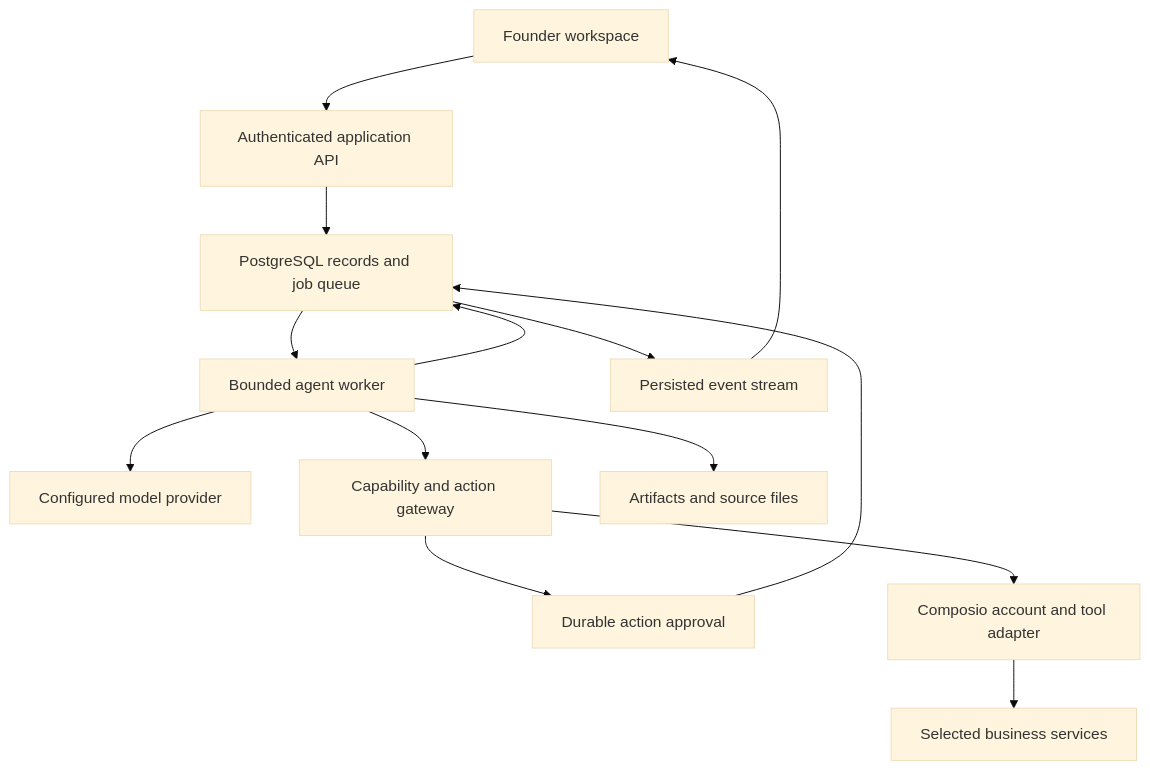
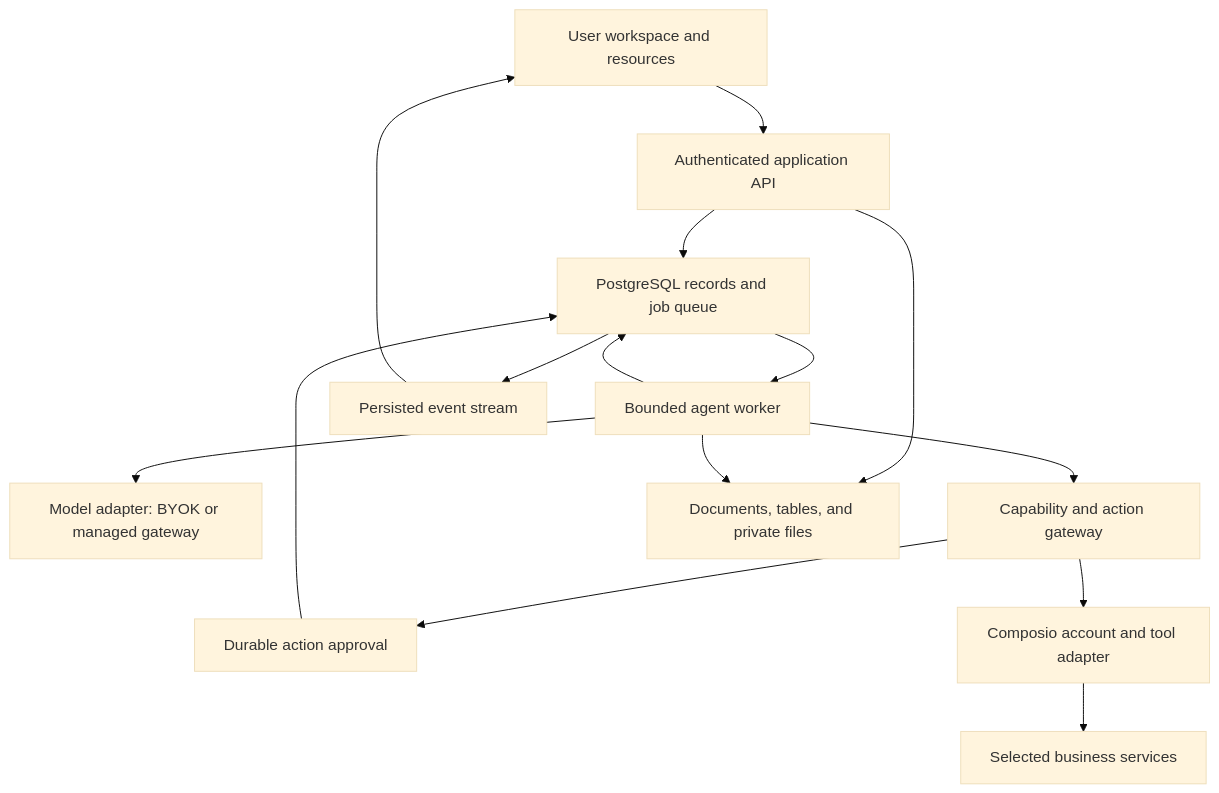
Before and after one commit to t3grp/bootstrap: the diagram in docs/technical-design.md, drawn with Mermaid (base theme). The commit also changed other lines of this file and 8 other files, not shown here.

Commit message:
docs: center user workspace, Openbot-inspired agents, and paid hosted instances

````diff
--- a/docs/technical-design.md
+++ b/docs/technical-design.md
@@ -9,16 +11,17 @@
 ```mermaid
 flowchart TD
-    UI["Founder workspace"] --> API["Authenticated application API"]
+    UI["User workspace and resources"] --> API["Authenticated application API"]
     API --> DB["PostgreSQL records and job queue"]
     DB --> Worker["Bounded agent worker"]
-    Worker --> Model["Configured model provider"]
+    Worker --> Model["Model adapter: BYOK or managed gateway"]
     Worker --> Gate["Capability and action gateway"]
     Gate --> Review["Durable action approval"]
     Review --> DB
     Gate --> Composio["Composio account and tool adapter"]
     Composio --> Apps["Selected business services"]
-    Worker --> Store["Artifacts and source files"]
+    API --> Store["Documents, tables, and private files"]
+    Worker --> Store
     Worker --> DB
     DB --> Events["Persisted event stream"]
     Events --> UI
 ```
````
